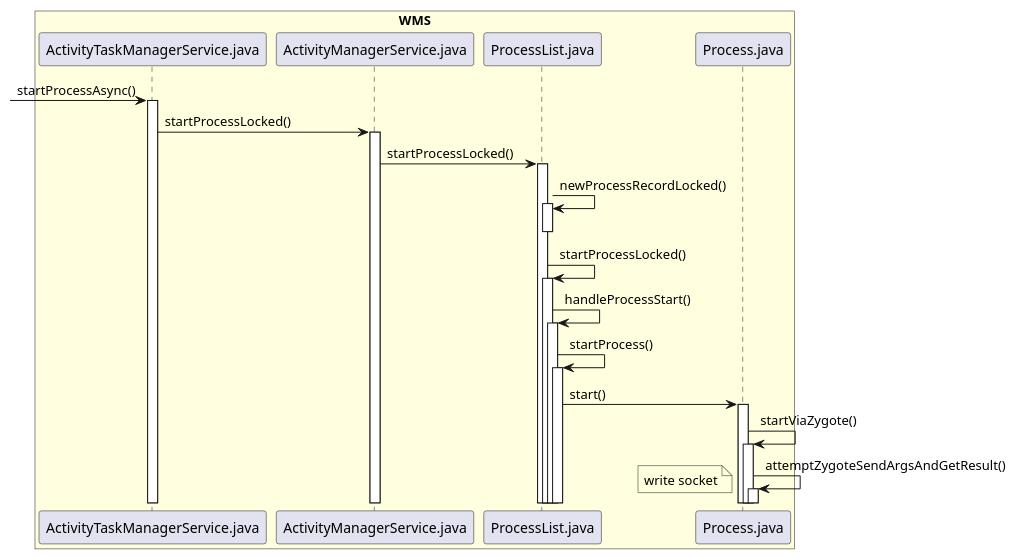
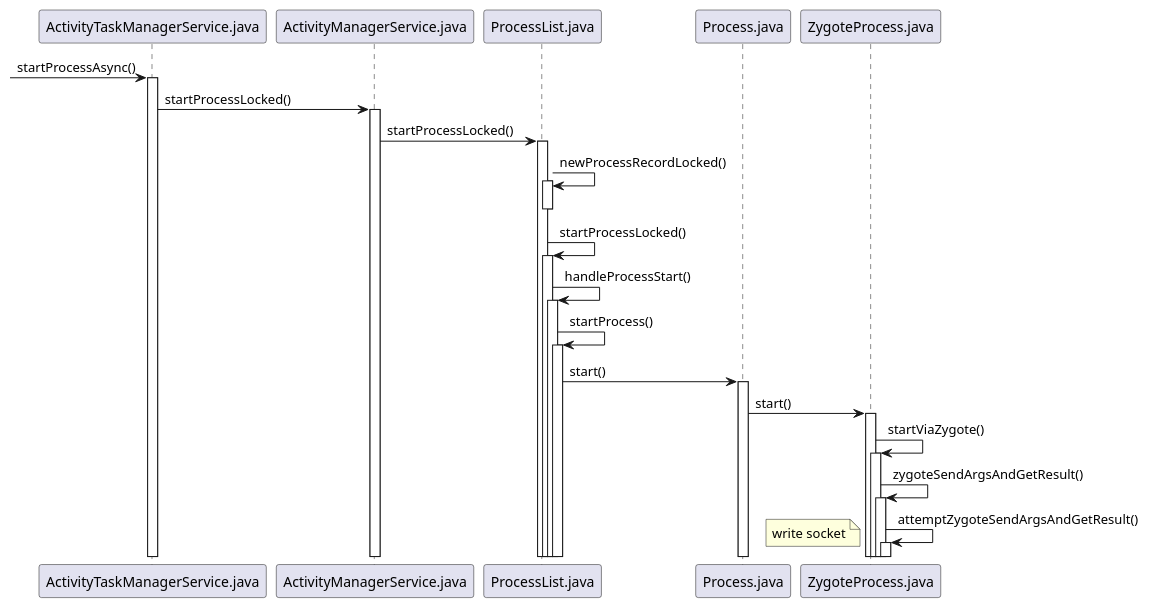
Before and after one commit to javalive09/UML: the diagram in android11/startactivity/startActivity_4.0.0.0.puml, drawn with PlantUML. The commit also changed 52 other files, not shown here.

Commit message:
update uml

```diff
--- a/android11/startactivity/startActivity_4.0.0.0.puml
+++ b/android11/startactivity/startActivity_4.0.0.0.puml
@@ -1,33 +1,32 @@
 @startuml
 
-box "WMS"  #LightYellow
-participant ActivityTaskManagerService.java
-participant ActivityManagerService.java
-participant ProcessList.java
-participant Process.java
-end box
+
 
  -> ActivityTaskManagerService.java: startProcessAsync()
 activate ActivityTaskManagerService.java
 ActivityTaskManagerService.java -> ActivityManagerService.java: startProcessLocked()
 activate ActivityManagerService.java
 ActivityManagerService.java -> ProcessList.java: startProcessLocked()
 activate ProcessList.java
 ProcessList.java -> ProcessList.java: newProcessRecordLocked()
 activate ProcessList.java
 deactivate ProcessList.java
 ProcessList.java -> ProcessList.java: startProcessLocked()
 activate ProcessList.java
 ProcessList.java -> ProcessList.java: handleProcessStart()
 activate ProcessList.java
 ProcessList.java -> ProcessList.java: startProcess()
 activate ProcessList.java
 ProcessList.java -> Process.java: start()
 activate Process.java
-Process.java -> Process.java: startViaZygote()
-activate Process.java
-Process.java -> Process.java: attemptZygoteSendArgsAndGetResult()
-activate Process.java
+Process.java -> ZygoteProcess.java: start()
+activate ZygoteProcess.java
+ZygoteProcess.java -> ZygoteProcess.java: startViaZygote()
+activate ZygoteProcess.java
+ZygoteProcess.java -> ZygoteProcess.java: zygoteSendArgsAndGetResult()
+activate ZygoteProcess.java
+ZygoteProcess.java -> ZygoteProcess.java: attemptZygoteSendArgsAndGetResult()
+activate ZygoteProcess.java
 note left: write socket
 
 @enduml
```
